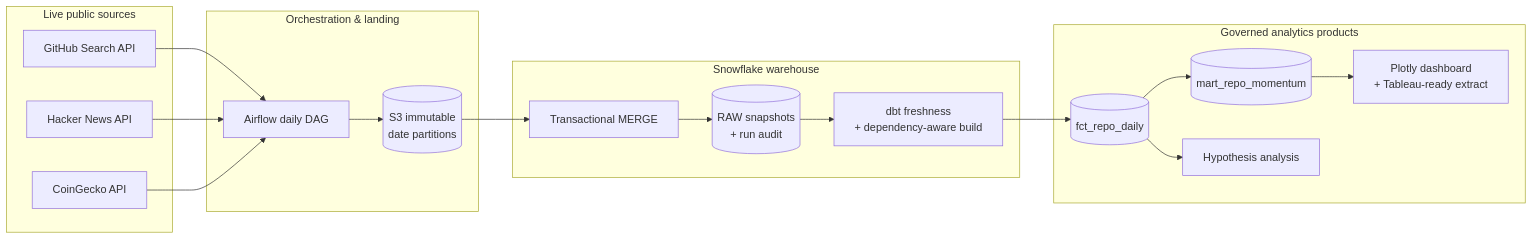
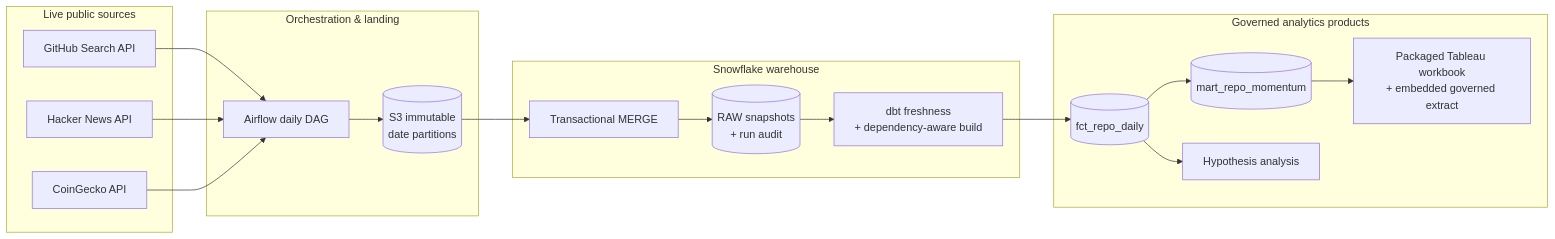
Before and after one commit to tmushd/dev-ecosystem-pipeline: the first of 4 diagrams in README.md, drawn with Mermaid. The commit also changed other lines of this file and 21 other files, not shown here.

Commit message:
Replace Plotly with packaged Tableau dashboard

````diff
--- a/README.md
+++ b/README.md
@@ -70,30 +70,30 @@
 ```mermaid
 flowchart LR
     subgraph Sources["Live public sources"]
         GH[GitHub Search API]
         HN[Hacker News API]
         CG[CoinGecko API]
     end
 
     subgraph Orchestration["Orchestration & landing"]
         AF[Airflow daily DAG]
         S3[(S3 immutable<br/>date partitions)]
     end
 
     subgraph Warehouse["Snowflake warehouse"]
         MERGE[Transactional MERGE]
         RAW[(RAW snapshots<br/>+ run audit)]
         DBT[dbt freshness<br/>+ dependency-aware build]
     end
 
     subgraph Products["Governed analytics products"]
         FACT[(fct_repo_daily)]
         MART[(mart_repo_momentum)]
         HYP[Hypothesis analysis]
-        DASH[Plotly dashboard<br/>+ Tableau-ready extract]
+        DASH[Packaged Tableau workbook<br/>+ embedded governed extract]
     end
 
     GH & HN & CG --> AF --> S3 --> MERGE --> RAW --> DBT --> FACT --> MART
     FACT --> HYP
     MART --> DASH
 ```
````
